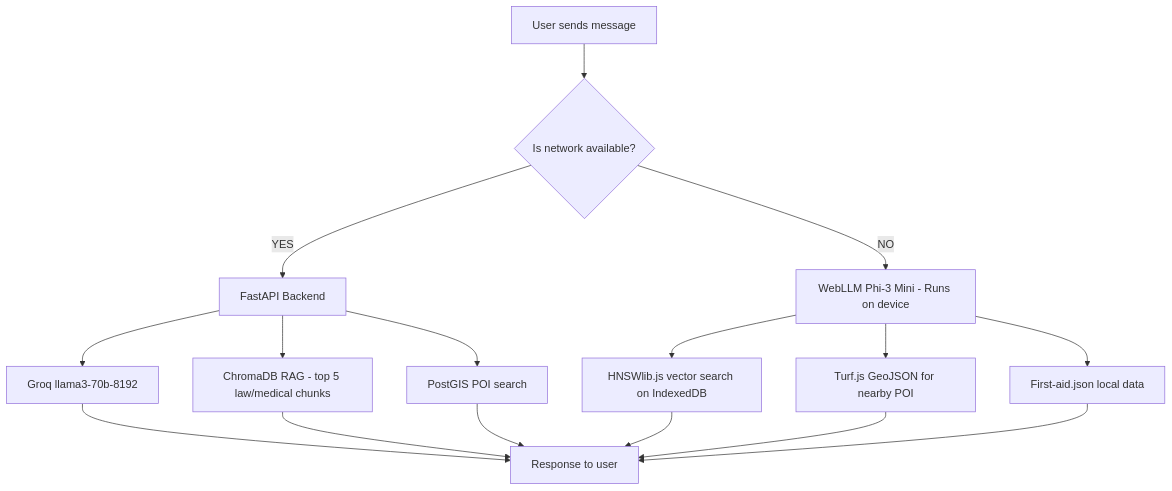
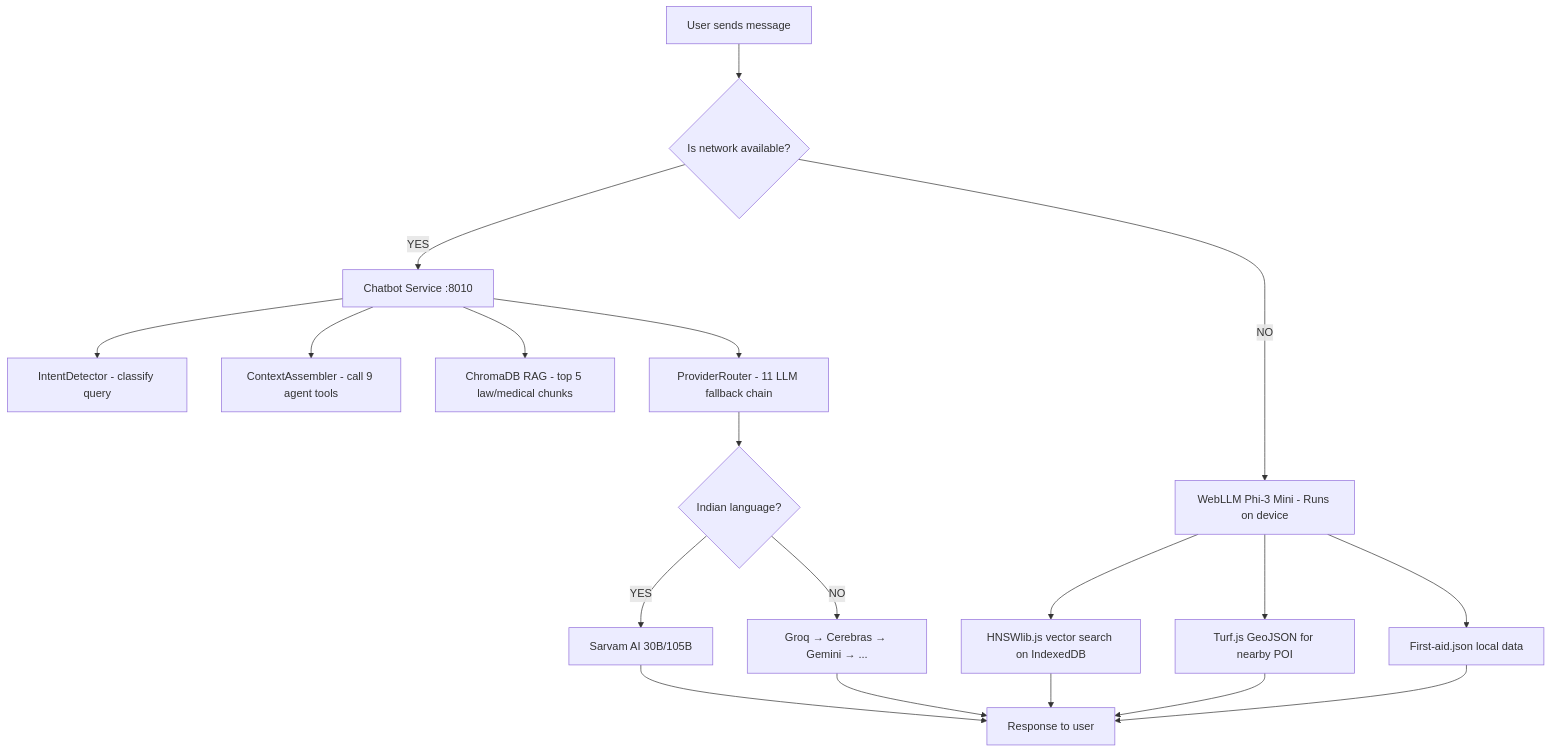
Before and after one commit to SafeVision-AI/SafeVision-AI: the second of 6 diagrams in docs/Architecture.md, drawn with Mermaid. The commit also changed other lines of this file and 27 other files, not shown here.

Commit message:
docs: Comprehensive audit and sync to latest architecture (Next.js 15, MapLibre GL, 11-provider AI, Sarvam)

````diff
--- a/docs/Architecture.md
+++ b/docs/Architecture.md
@@ -48,22 +67,25 @@
 ```mermaid
 flowchart TD
     A[User sends message] --> B{Is network available?}
 
-    B -->|YES| C[FastAPI Backend]
+    B -->|YES| CS[Chatbot Service :8010]
     B -->|NO| D[WebLLM Phi-3 Mini - Runs on device]
 
-    C --> C1[Groq llama3-70b-8192]
-    C --> C2[ChromaDB RAG - top 5 law/medical chunks]
-    C --> C3[PostGIS POI search]
+    CS --> CS1[IntentDetector - classify query]
+    CS --> CS2[ContextAssembler - call 9 agent tools]
+    CS --> CS3[ChromaDB RAG - top 5 law/medical chunks]
+    CS --> CS4[ProviderRouter - 11 LLM fallback chain]
+    CS4 --> CS5{Indian language?}
+    CS5 -->|YES| CS6[Sarvam AI 30B/105B]
+    CS5 -->|NO| CS7[Groq → Cerebras → Gemini → ...]
 
     D --> D1[HNSWlib.js vector search on IndexedDB]
     D --> D2[Turf.js GeoJSON for nearby POI]
     D --> D3[First-aid.json local data]
 
-    C1 --> E[Response to user]
-    C2 --> E
-    C3 --> E
+    CS6 --> E[Response to user]
+    CS7 --> E
     D1 --> E
     D2 --> E
     D3 --> E
 ```
````
